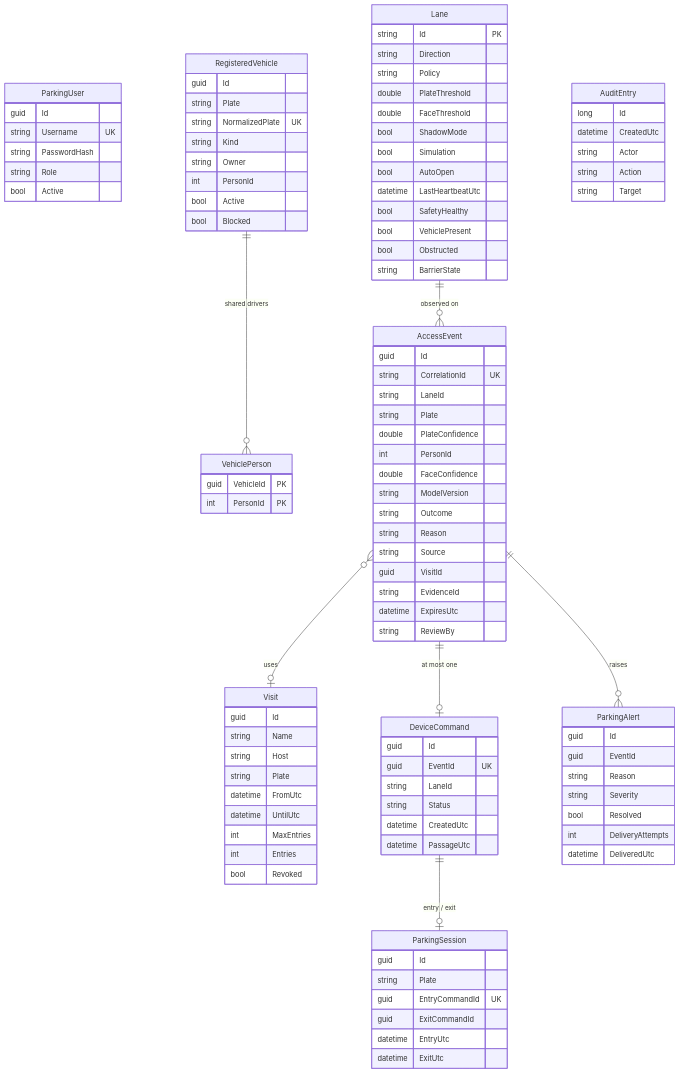
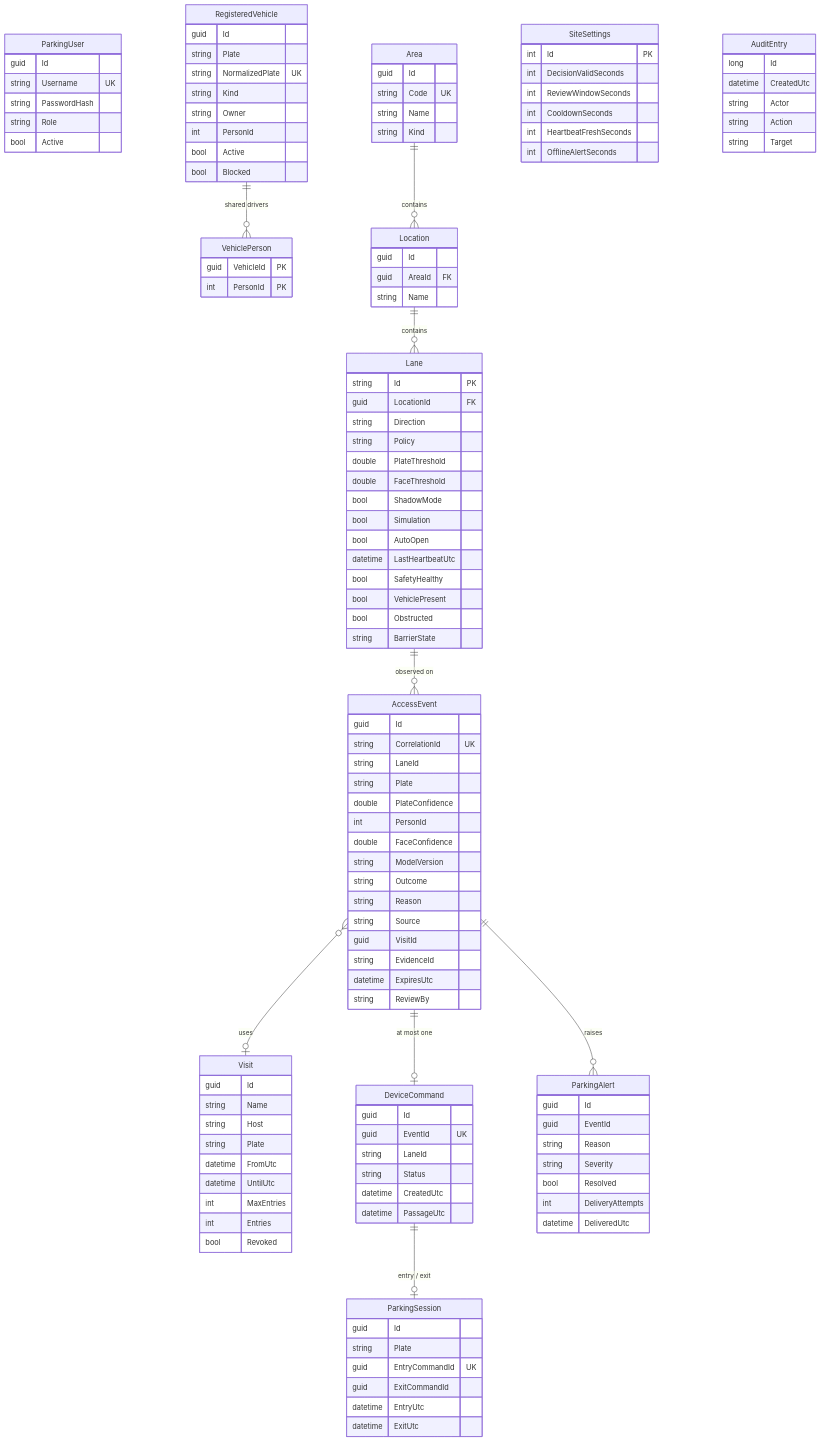
The fourth of 6 diagrams in PROJECT_OVERVIEW.md (ThanhTranFPT-98/FACERECOGNIZEAPP), drawn with Mermaid before and after one commit. The commit also changed other lines of this file and 78 other files, not shown here.

````diff
--- a/PROJECT_OVERVIEW.md
+++ b/PROJECT_OVERVIEW.md
@@ -406,20 +435,25 @@
 ```mermaid
 erDiagram
     ParkingUser { guid Id string Username UK string PasswordHash string Role bool Active }
     RegisteredVehicle { guid Id string Plate string NormalizedPlate UK string Kind string Owner int PersonId bool Active bool Blocked }
     VehiclePerson { guid VehicleId PK int PersonId PK }
     Visit { guid Id string Name string Host string Plate datetime FromUtc datetime UntilUtc int MaxEntries int Entries bool Revoked }
-    Lane { string Id PK string Direction string Policy double PlateThreshold double FaceThreshold bool ShadowMode bool Simulation bool AutoOpen datetime LastHeartbeatUtc bool SafetyHealthy bool VehiclePresent bool Obstructed string BarrierState }
+    Area { guid Id string Code UK string Name string Kind }
+    Location { guid Id guid AreaId FK string Name }
+    SiteSettings { int Id PK int DecisionValidSeconds int ReviewWindowSeconds int CooldownSeconds int HeartbeatFreshSeconds int OfflineAlertSeconds }
+    Lane { string Id PK guid LocationId FK string Direction string Policy double PlateThreshold double FaceThreshold bool ShadowMode bool Simulation bool AutoOpen datetime LastHeartbeatUtc bool SafetyHealthy bool VehiclePresent bool Obstructed string BarrierState }
     AccessEvent { guid Id string CorrelationId UK string LaneId string Plate double PlateConfidence int PersonId double FaceConfidence string ModelVersion string Outcome string Reason string Source guid VisitId string EvidenceId datetime ExpiresUtc string ReviewBy }
     DeviceCommand { guid Id guid EventId UK string LaneId string Status datetime CreatedUtc datetime PassageUtc }
     ParkingSession { guid Id string Plate guid EntryCommandId UK guid ExitCommandId datetime EntryUtc datetime ExitUtc }
     ParkingAlert { guid Id guid EventId string Reason string Severity bool Resolved int DeliveryAttempts datetime DeliveredUtc }
     AuditEntry { long Id datetime CreatedUtc string Actor string Action string Target }
 
     RegisteredVehicle ||--o{ VehiclePerson : "shared drivers"
+    Area ||--o{ Location : contains
+    Location ||--o{ Lane : contains
     Lane ||--o{ AccessEvent : "observed on"
     AccessEvent ||--o| DeviceCommand : "at most one"
     AccessEvent }o--o| Visit : "uses"
     DeviceCommand ||--o| ParkingSession : "entry / exit"
     AccessEvent ||--o{ ParkingAlert : raises
 ```
````
